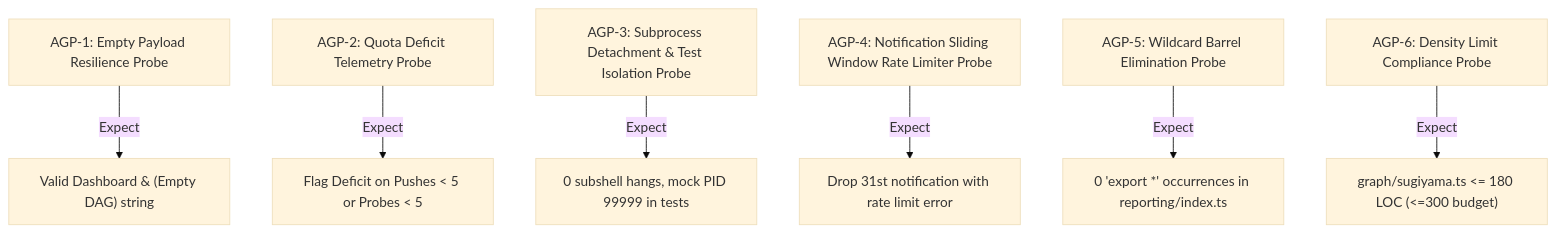
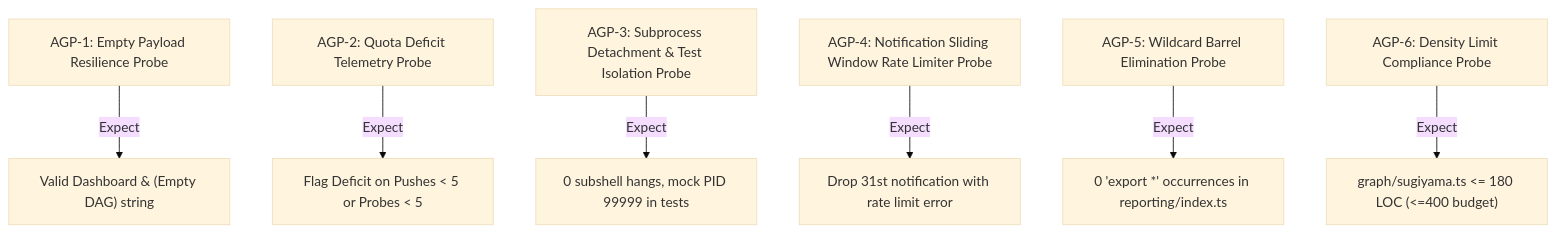
One commit to onurseckin/skills changed the third of 3 diagrams in docs/archive/completed-plans/unified-master-dashboard-and-sugiyama-dag/PLAN.md. Above: the diagram before and after it, drawn with Mermaid (base theme). The commit also changed other lines of this file and 912 other files, not shown here.

````diff
--- a/docs/archive/completed-plans/unified-master-dashboard-and-sugiyama-dag/PLAN.md
+++ b/docs/archive/completed-plans/unified-master-dashboard-and-sugiyama-dag/PLAN.md
@@ -199,9 +199,9 @@
 ```mermaid
 graph TD
     AGP1["AGP-1: Empty Payload Resilience Probe"] -->|Expect| PASS_EMPTY["Valid Dashboard & (Empty DAG) string"]
     AGP2["AGP-2: Quota Deficit Telemetry Probe"] -->|Expect| PASS_QUOTA["Flag Deficit on Pushes < 5 or Probes < 5"]
     AGP3["AGP-3: Subprocess Detachment & Test Isolation Probe"] -->|Expect| PASS_ISOLATION["0 subshell hangs, mock PID 99999 in tests"]
     AGP4["AGP-4: Notification Sliding Window Rate Limiter Probe"] -->|Expect| PASS_LIMIT["Drop 31st notification with rate limit error"]
     AGP5["AGP-5: Wildcard Barrel Elimination Probe"] -->|Expect| PASS_BARREL["0 'export *' occurrences in reporting/index.ts"]
-    AGP6["AGP-6: Density Limit Compliance Probe"] -->|Expect| PASS_DENSITY["graph/sugiyama.ts <= 180 LOC (<=300 budget)"]
+    AGP6["AGP-6: Density Limit Compliance Probe"] -->|Expect| PASS_DENSITY["graph/sugiyama.ts <= 180 LOC (<=400 budget)"]
 ```
````
